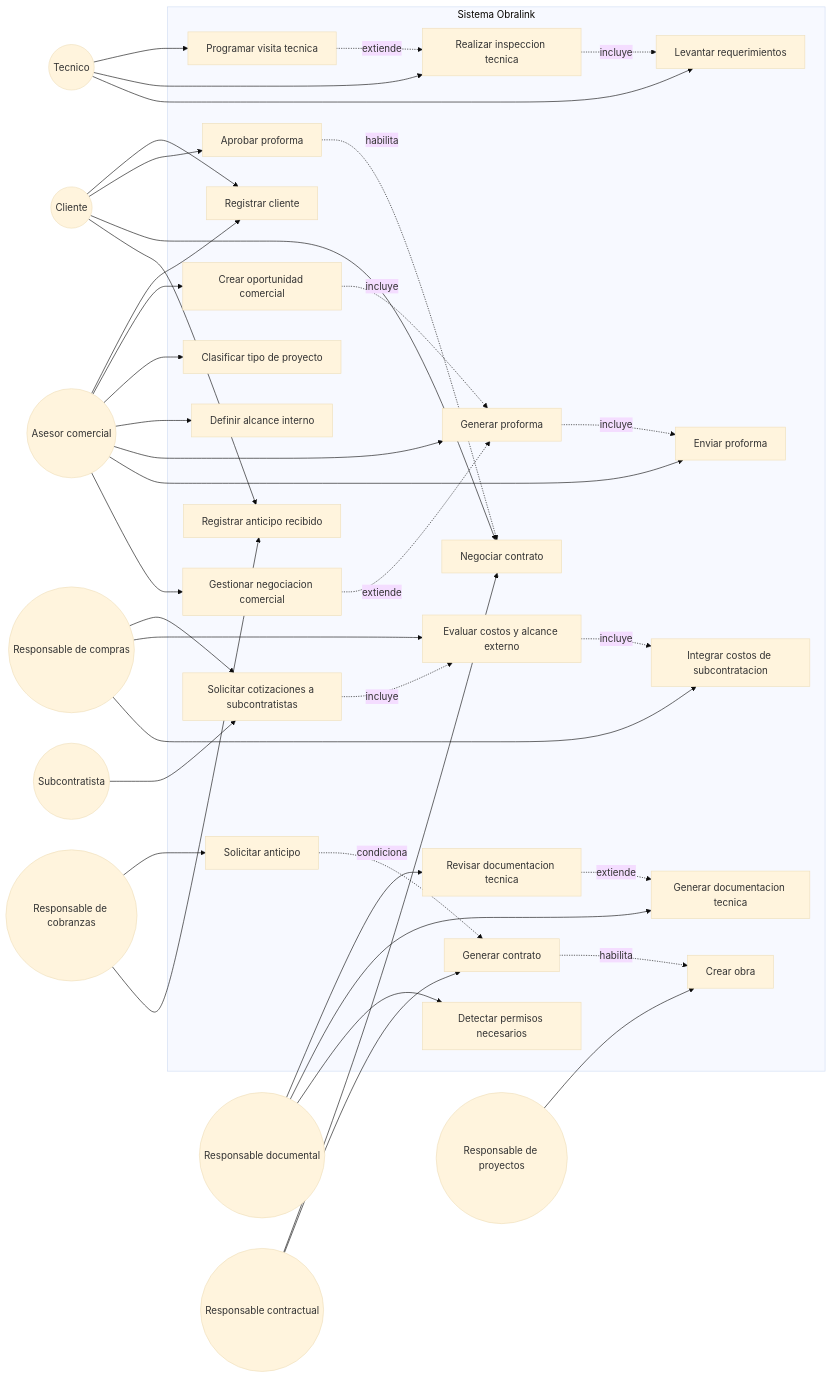
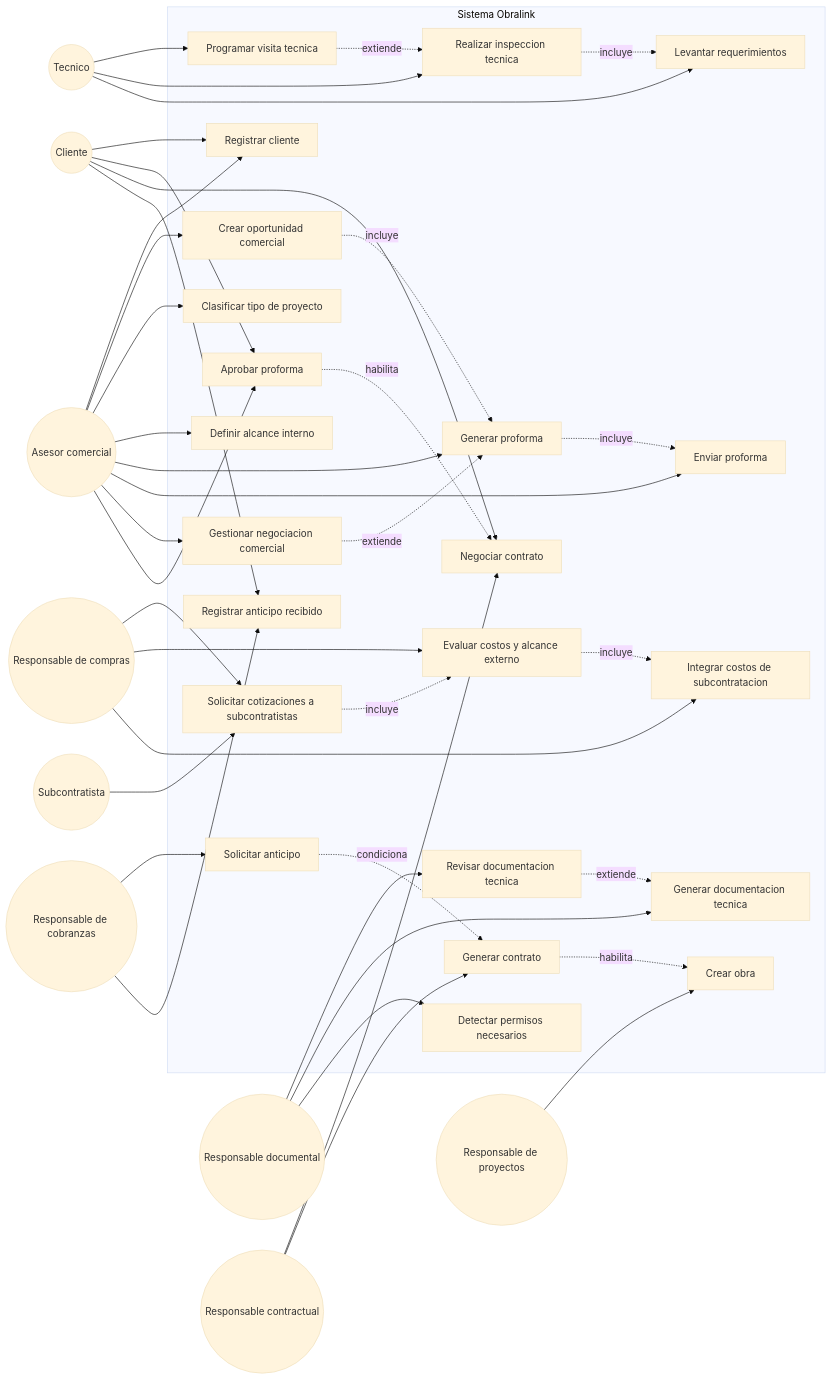
The second of 2 diagrams in Logica.md (apaul6dev/obralink-backend), drawn with Mermaid (base theme) before and after one commit.

Commit message:
fix diagrama

```diff
--- a/Logica.md
+++ b/Logica.md
@@ -129,6 +129,7 @@
     Asesor --> UC14
     Asesor --> UC15
     Asesor --> UC16
+    Asesor --> UC17
 
     Tecnico --> UC4
     Tecnico --> UC5
```
